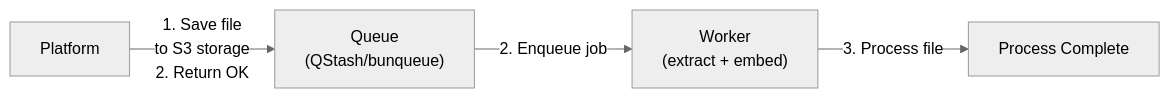
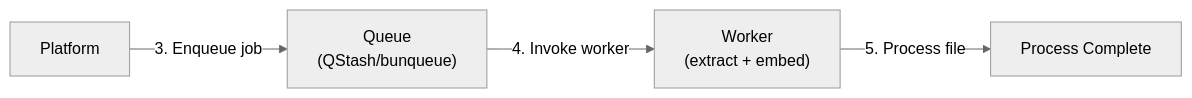
One commit to macintushar/curiositi changed the diagram in apps/www/src/content/docs/docs/development/queueing.mdx. Above: the diagram before and after it, drawn with Mermaid (neutral theme). The commit also changed other lines of this file and 2 other files, not shown here.

````diff
--- a/apps/www/src/content/docs/docs/development/queueing.mdx
+++ b/apps/www/src/content/docs/docs/development/queueing.mdx
@@ -10,6 +10,6 @@
 ```mermaid
 flowchart LR
-    Platform["Platform"] -->|"1. Save file<br/>to S3 storage<br/>2. Return OK"| Queue["Queue<br/>(QStash/bunqueue)"]
-    Queue -->|"2. Enqueue job"| Worker["Worker<br/>(extract + embed)"]
-    Worker -->|"3. Process file"| Complete["Process Complete"]
+    Platform["Platform"] -->|"3. Enqueue job"| Queue["Queue<br/>(QStash/bunqueue)"]
+    Queue -->|"4. Invoke worker"| Worker["Worker<br/>(extract + embed)"]
+    Worker -->|"5. Process file"| Complete["Process Complete"]
 ```
````
